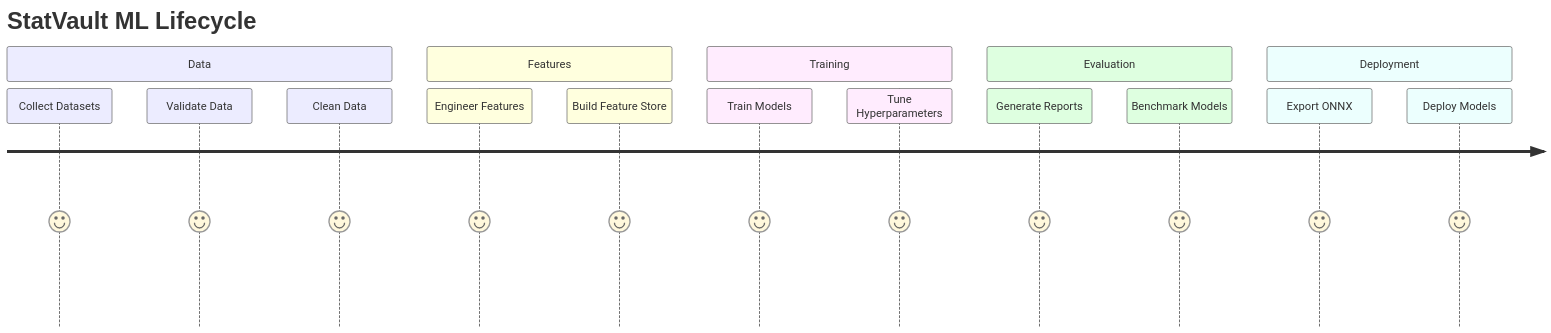
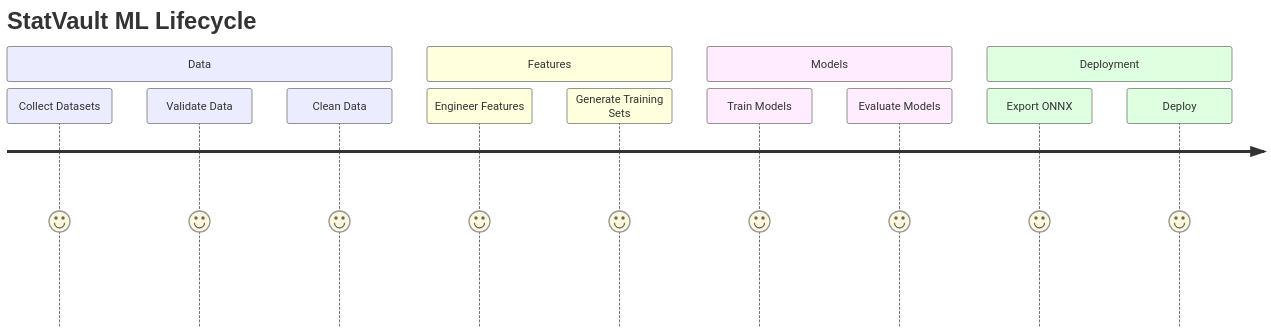
Before and after one commit to sai-ganesh-4539/StatVault: the second of 3 diagrams in README.md, drawn with Mermaid. The commit also changed other lines of this file, not shown here.

````diff
--- a/README.md
+++ b/README.md
@@ -110,25 +72,21 @@
 ```mermaid
 journey
 title StatVault ML Lifecycle
 
 section Data
 Collect Datasets: 5
 Validate Data: 5
 Clean Data: 5
 
 section Features
 Engineer Features: 5
-Build Feature Store: 5
+Generate Training Sets: 5
 
-section Training
+section Models
 Train Models: 5
-Tune Hyperparameters: 5
-
-section Evaluation
-Generate Reports: 5
-Benchmark Models: 5
+Evaluate Models: 5
 
 section Deployment
 Export ONNX: 5
-Deploy Models: 5
+Deploy: 5
 ```
````
